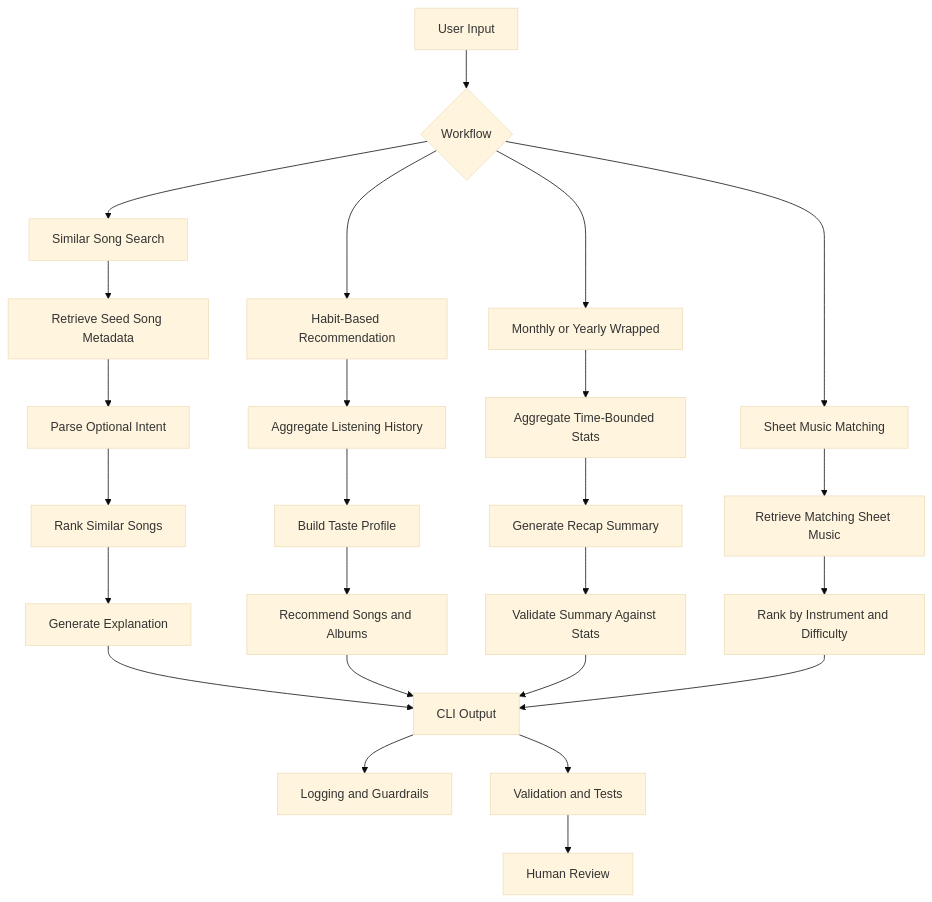
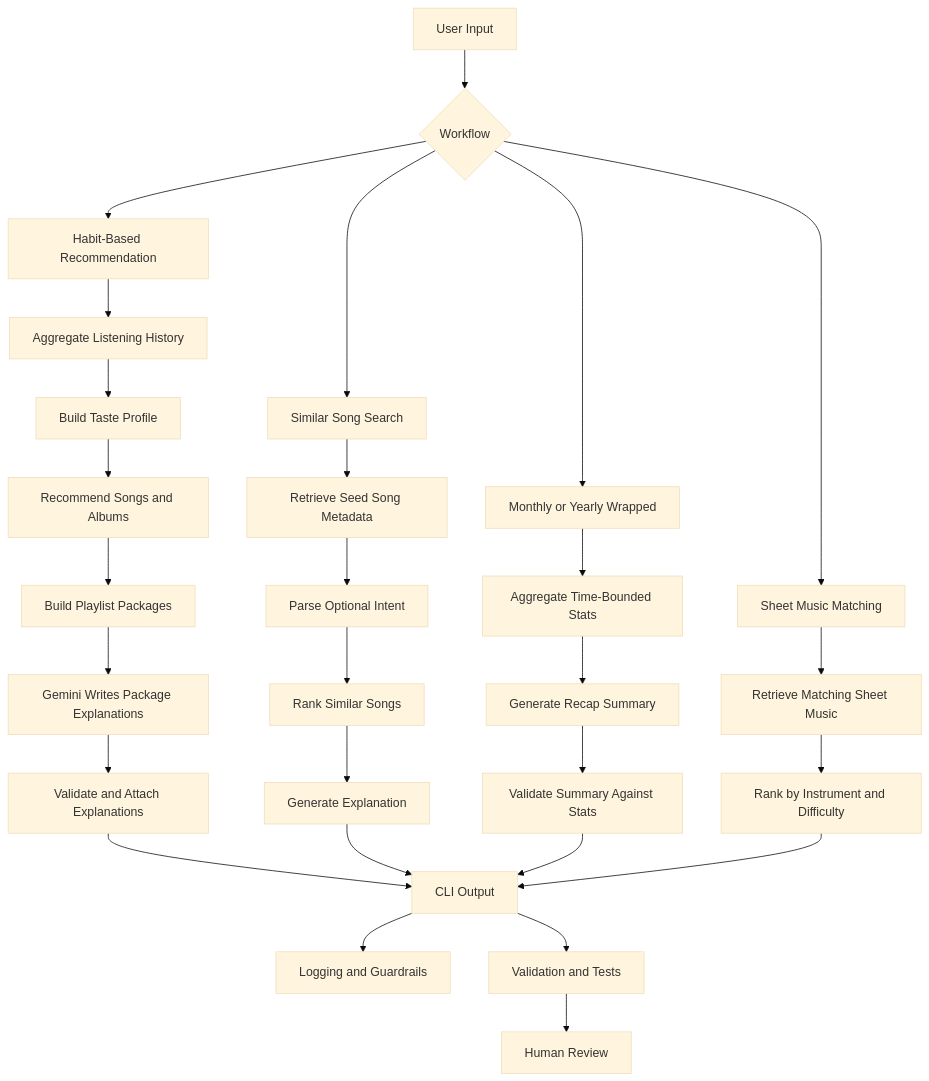
The diagram in README.md (yichen057/Music-Companion), drawn with Mermaid (base theme) before and after one commit. The commit also changed other lines of this file and 10 other files, not shown here.

Commit message:
Add user-level listening history recommendations with Gemini explanations

````diff
--- a/README.md
+++ b/README.md
@@ -101,33 +107,36 @@
 ```mermaid
 flowchart TD
     A[User Input] --> B{Workflow}
     B --> C[Similar Song Search]
     B --> D[Habit-Based Recommendation]
     B --> E[Monthly or Yearly Wrapped]
     B --> F[Sheet Music Matching]
 
     C --> G[Retrieve Seed Song Metadata]
     G --> V[Parse Optional Intent]
     V --> H[Rank Similar Songs]
     H --> I[Generate Explanation]
 
     D --> J[Aggregate Listening History]
     J --> K[Build Taste Profile]
     K --> L[Recommend Songs and Albums]
+    L --> W[Build Playlist Packages]
+    W --> X[Gemini Writes Package Explanations]
+    X --> Y[Validate and Attach Explanations]
+    Y --> R
 
     E --> M[Aggregate Time-Bounded Stats]
     M --> N[Generate Recap Summary]
     N --> O[Validate Summary Against Stats]
 
     F --> P[Retrieve Matching Sheet Music]
     P --> Q[Rank by Instrument and Difficulty]
 
     I --> R[CLI Output]
-    L --> R
     O --> R
     Q --> R
 
     R --> S[Logging and Guardrails]
     R --> T[Validation and Tests]
     T --> U[Human Review]
 ```
````
